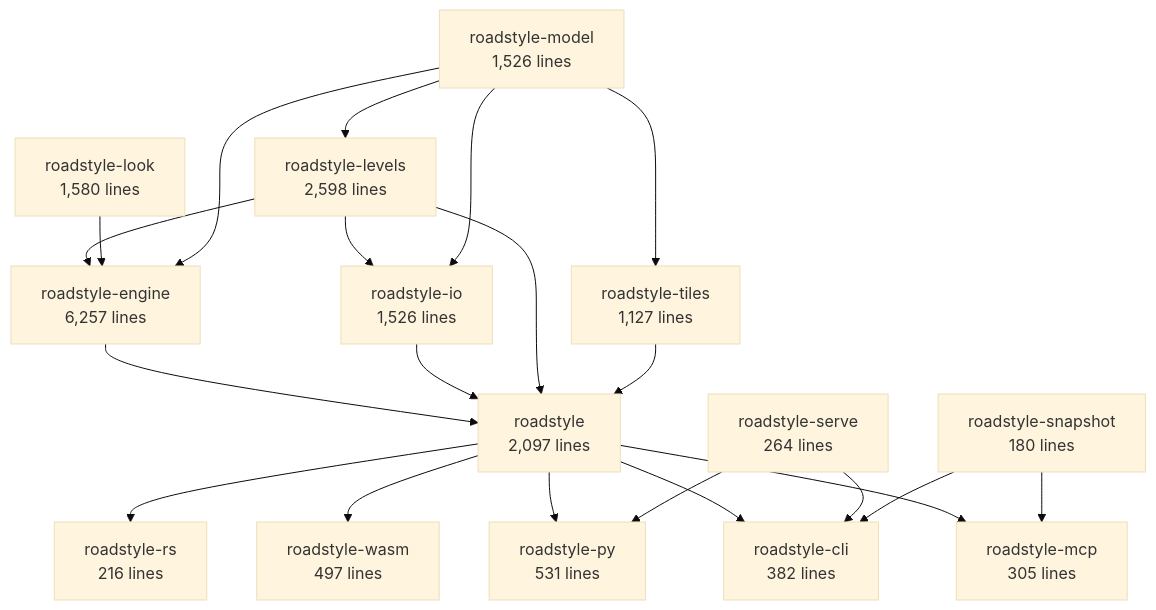
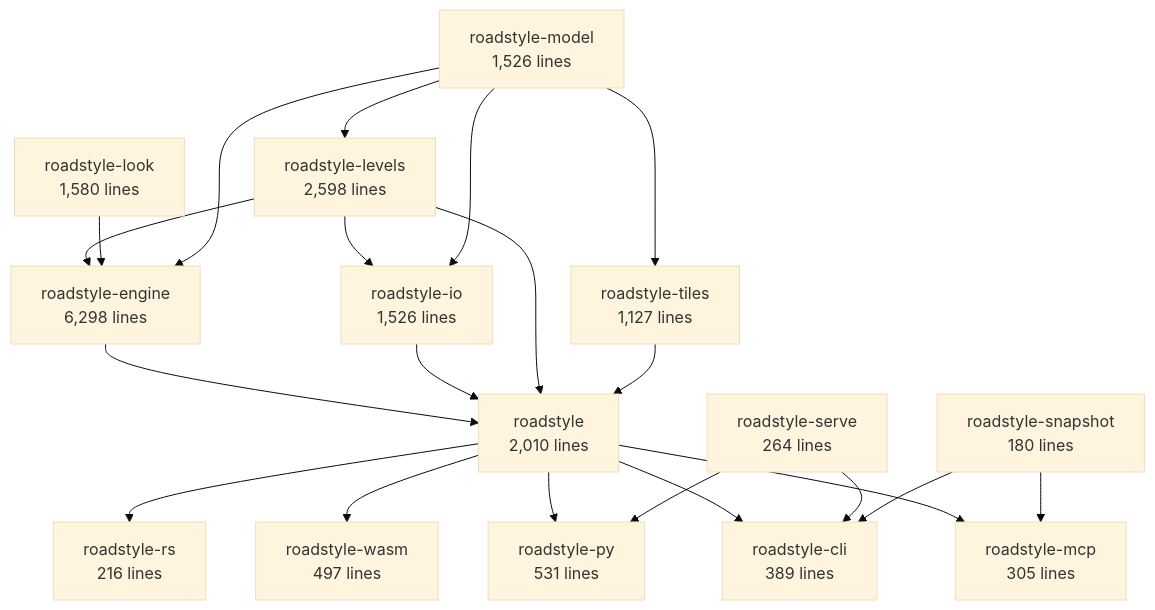
Before and after one commit to Khoshkhah/roadstyle: the second of 6 diagrams in docs/rust/architecture.md, drawn with Mermaid (base theme). The commit also changed other lines of this file and 16 other files, not shown here.

````diff
--- a/docs/rust/architecture.md
+++ b/docs/rust/architecture.md
@@ -70,37 +70,37 @@
 ```mermaid
 flowchart TB
     roadstyle_model["roadstyle-model<br/>1,526 lines"]
     roadstyle_look["roadstyle-look<br/>1,580 lines"]
     roadstyle_io["roadstyle-io<br/>1,526 lines"]
     roadstyle_levels["roadstyle-levels<br/>2,598 lines"]
-    roadstyle_engine["roadstyle-engine<br/>6,257 lines"]
+    roadstyle_engine["roadstyle-engine<br/>6,298 lines"]
     roadstyle_tiles["roadstyle-tiles<br/>1,127 lines"]
-    roadstyle["roadstyle<br/>2,097 lines"]
+    roadstyle["roadstyle<br/>2,010 lines"]
     roadstyle_rs["roadstyle-rs<br/>216 lines"]
     roadstyle_wasm["roadstyle-wasm<br/>497 lines"]
     roadstyle_py["roadstyle-py<br/>531 lines"]
-    roadstyle_cli["roadstyle-cli<br/>382 lines"]
+    roadstyle_cli["roadstyle-cli<br/>389 lines"]
     roadstyle_mcp["roadstyle-mcp<br/>305 lines"]
     roadstyle_serve["roadstyle-serve<br/>264 lines"]
     roadstyle_snapshot["roadstyle-snapshot<br/>180 lines"]
     roadstyle_levels --> roadstyle_io
     roadstyle_model --> roadstyle_io
     roadstyle_model --> roadstyle_levels
     roadstyle_levels --> roadstyle_engine
     roadstyle_look --> roadstyle_engine
     roadstyle_model --> roadstyle_engine
     roadstyle_model --> roadstyle_tiles
     roadstyle_engine --> roadstyle
     roadstyle_io --> roadstyle
     roadstyle_levels --> roadstyle
     roadstyle_tiles --> roadstyle
     roadstyle --> roadstyle_rs
     roadstyle --> roadstyle_wasm
     roadstyle --> roadstyle_py
     roadstyle_serve --> roadstyle_py
     roadstyle --> roadstyle_cli
     roadstyle_serve --> roadstyle_cli
     roadstyle_snapshot --> roadstyle_cli
     roadstyle --> roadstyle_mcp
     roadstyle_snapshot --> roadstyle_mcp
 ```
````
